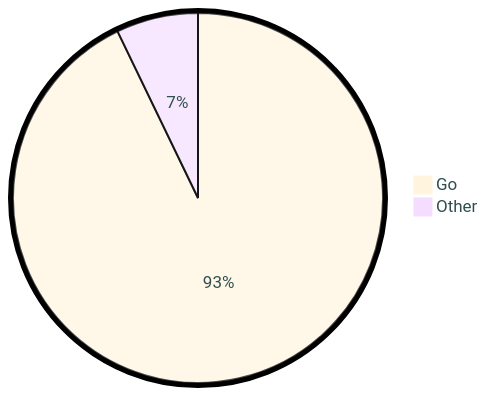
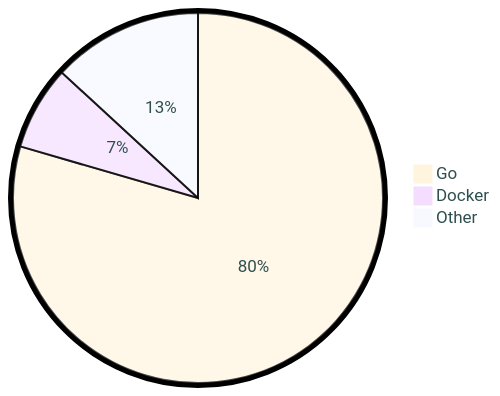
The diagram in README.md (tot0p/tot0p), drawn with Mermaid before and after one commit. The commit also changed other lines of this file, not shown here.

````diff
--- a/README.md
+++ b/README.md
@@ -74,6 +78,7 @@
 ```mermaid
 %%{init: {"pie": {"textPosition": 0.5}, "themeVariables": {"pieOuterStrokeWidth": "5px","primaryTextColor" : "#2F4F4F"},"theme":"base"} }%%
 pie
-	"Go": 92.86
-	"Other": 7.16
+	"Go": 79.5
+	"Docker": 7.35
+	"Other": 13.15
 ```
````
